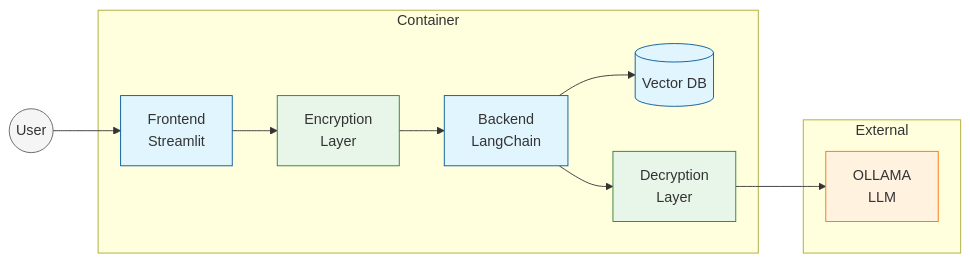
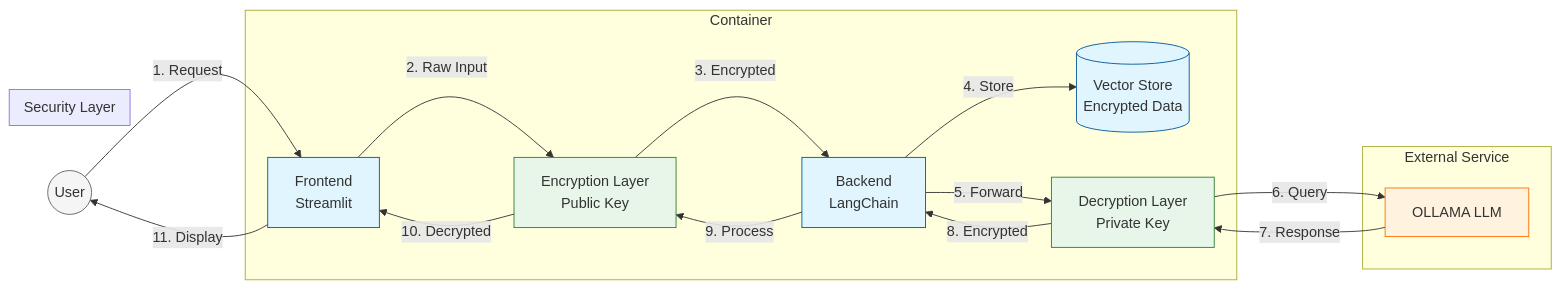
One commit to Agentic-OS/Sec-ConvAgent changed the diagram in README.md. Above: the diagram before and after it, drawn with Mermaid.

Commit message:
built  Dockerizer versions system Deing

````diff
--- a/README.md
+++ b/README.md
@@ -8,31 +8,46 @@
 ```mermaid
 graph LR
-    U((User)) --> F[Frontend<br>Streamlit]
-    F --> E[Encryption<br>Layer]
-    E --> B[Backend<br>LangChain]
-    B --> V[(Vector DB)]
-    B --> D[Decryption<br>Layer]
-    D --> O[OLLAMA<br>LLM]
+    %% Components
+    U((User)) --> |1. Request| F[Frontend<br>Streamlit]
+    F --> |2. Raw Input| E[Encryption Layer<br>Public Key]
+    E --> |3. Encrypted| B[Backend<br>LangChain]
+    B --> |4. Store| V[(Vector Store<br>Encrypted Data)]
+    B --> |5. Forward| D[Decryption Layer<br>Private Key]
+    D --> |6. Query| O[OLLAMA LLM]
+    
+    %% Response Path
+    O --> |7. Response| D
+    D --> |8. Encrypted| B
+    B --> |9. Process| E
+    E --> |10. Decrypted| F
+    F --> |11. Display| U
     
     subgraph Container
         F
         E
         B
+        V
         D
-        V
     end
     
-    subgraph External
+    subgraph Security Layer
+        E
+        D
+    end
+    
+    subgraph External Service
         O
     end
 
     classDef container fill:#e1f5fe,stroke:#01579b
     classDef external fill:#fff3e0,stroke:#ff6f00
     classDef user fill:#f5f5f5,stroke:#616161
     classDef security fill:#e8f5e9,stroke:#2e7d32
+    classDef request stroke:#2196f3,color:#2196f3
+    classDef response stroke:#4caf50,color:#4caf50
     
     class F,B,V container
     class O external
     class U user
     class E,D security
 ```
````
